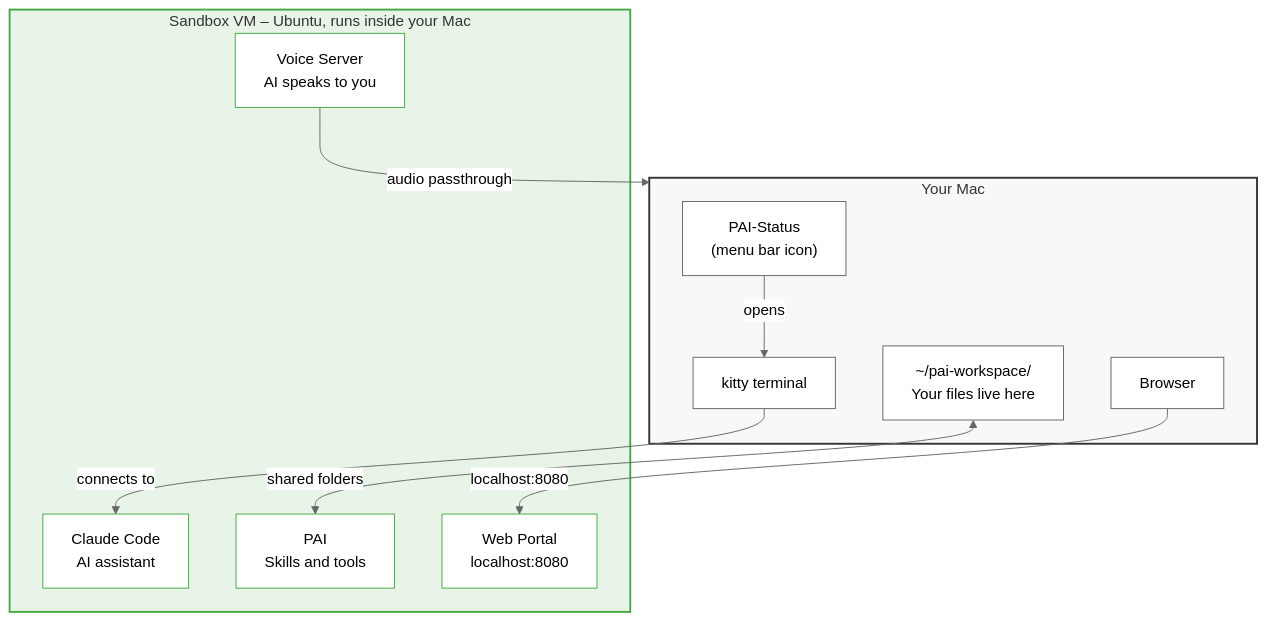
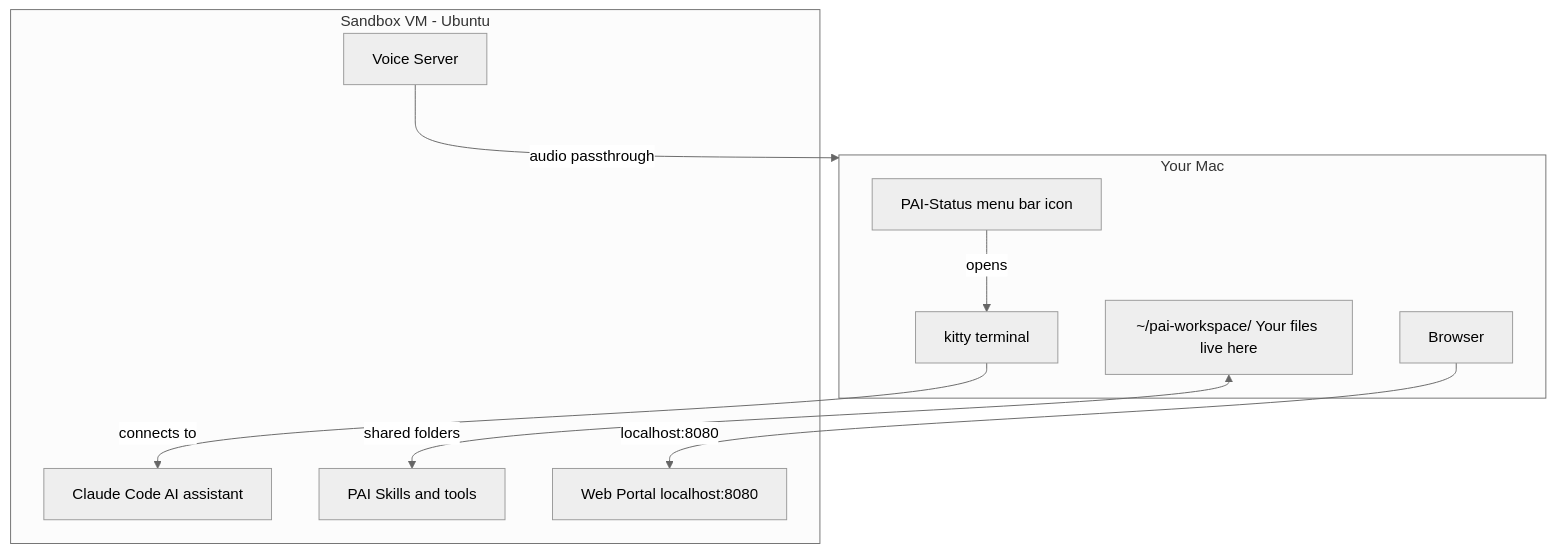
The diagram in README.md (jaredstanko/pai-lima), drawn with Mermaid (neutral theme) before and after one commit.

Commit message:
Fix Mermaid syntax for GitHub rendering
Use pipe syntax for edge labels, remove style directives and special
characters that break GitHub's Mermaid renderer.

````diff
--- a/README.md
+++ b/README.md
@@ -7,33 +7,22 @@
 ```mermaid
 graph TB
-    subgraph mac ["Your Mac"]
-        menubar["PAI-Status\n(menu bar icon)"]
-        terminal["kitty terminal"]
-        workspace["~/pai-workspace/\nYour files live here"]
-        browser["Browser"]
+    subgraph mac [Your Mac]
+        menubar[PAI-Status menu bar icon]
+        terminal[kitty terminal]
+        workspace[~/pai-workspace/ Your files live here]
+        browser[Browser]
     end
 
-    subgraph vm ["Sandbox VM – Ubuntu, runs inside your Mac"]
-        claude["Claude Code\nAI assistant"]
-        pai["PAI\nSkills and tools"]
-        portal["Web Portal\nlocalhost:8080"]
-        voice["Voice Server\nAI speaks to you"]
+    subgraph vm [Sandbox VM - Ubuntu]
+        claude[Claude Code AI assistant]
+        pai[PAI Skills and tools]
+        portal[Web Portal localhost:8080]
+        voice[Voice Server]
     end
 
-    menubar -- opens --> terminal
-    terminal -- connects to --> claude
-    workspace <-- shared folders --> pai
-    browser -- localhost:8080 --> portal
-    voice -- audio passthrough --> mac
-
-    style mac fill:#f8f8f8,stroke:#333,stroke-width:2px
-    style vm fill:#e8f4e8,stroke:#4a4,stroke-width:2px
-    style menubar fill:#fff,stroke:#666
-    style terminal fill:#fff,stroke:#666
-    style workspace fill:#fff,stroke:#666
-    style browser fill:#fff,stroke:#666
-    style claude fill:#fff,stroke:#4a4
-    style pai fill:#fff,stroke:#4a4
-    style portal fill:#fff,stroke:#4a4
-    style voice fill:#fff,stroke:#4a4
+    menubar -->|opens| terminal
+    terminal -->|connects to| claude
+    workspace <-->|shared folders| pai
+    browser -->|localhost:8080| portal
+    voice -->|audio passthrough| mac
 ```
````
